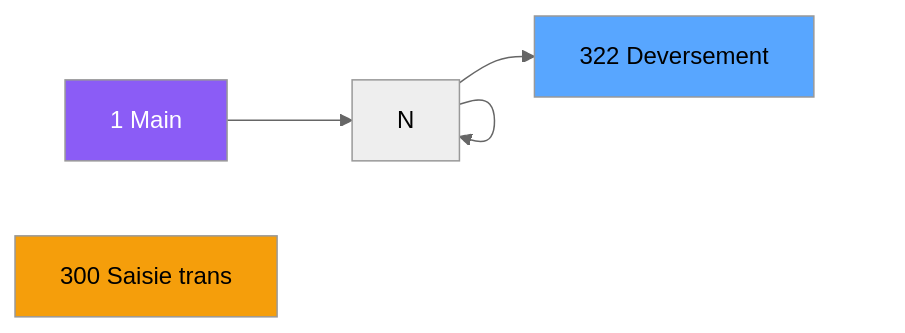
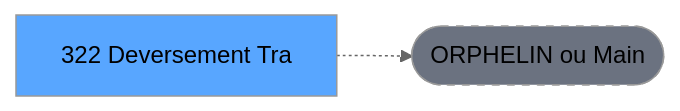
One commit to thonyAGP/lecteur-magic changed the second of 3 diagrams in .openspec/renders/ADH-IDE-322.md. Above: the diagram before and after it, drawn with Mermaid (neutral theme). The commit also changed other lines of this file and 701 other files, not shown here.

````diff
--- a/.openspec/renders/ADH-IDE-322.md
+++ b/.openspec/renders/ADH-IDE-322.md
@@ -140,13 +132,8 @@
 ```mermaid
 graph LR
-    M[1 Main]
-    N300[300 Saisie trans]
-    T[322 Deversement ]
-    M --> N
-    N --> N
-    N --> N
-    N --> T
-    style M fill:#8b5cf6,color:#fff
-    style N300 fill:#f59e0b
+    T[322 Deversement Tra]
+    ORPHAN([ORPHELIN ou Main])
+    T -.-> ORPHAN
     style T fill:#58a6ff,color:#000
+    style ORPHAN fill:#6b7280,stroke-dasharray: 5 5
 ```
````
